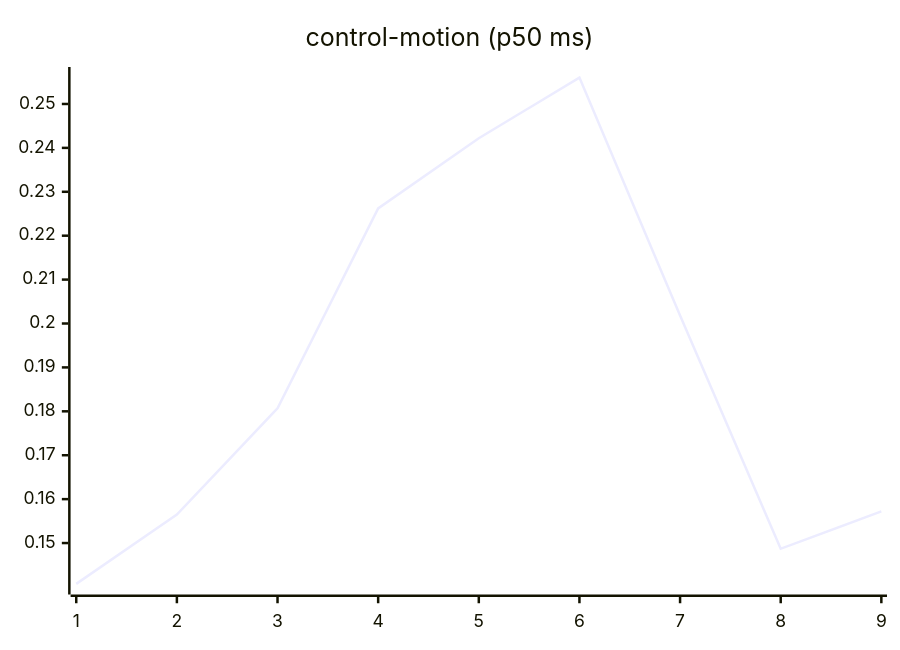
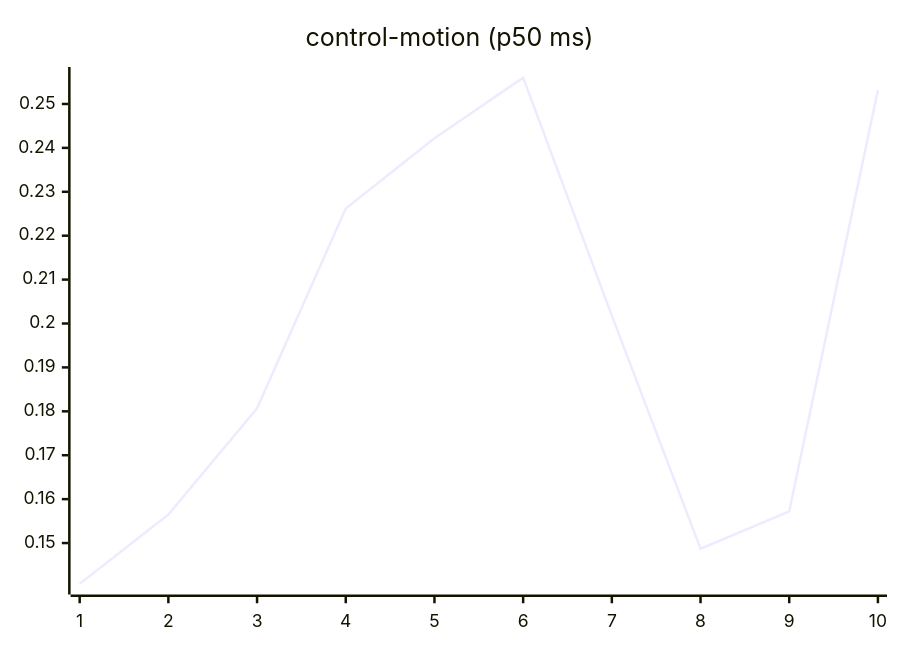
One commit to josha/Facet changed the seventh of 27 diagrams in README.md. Above: the diagram before and after it, drawn with Mermaid. The commit also changed other lines of this file and 2 other files, not shown here.

````diff
--- a/README.md
+++ b/README.md
@@ -105,6 +105,6 @@
 ```mermaid
 xychart-beta
     title "control-motion (p50 ms)"
-    x-axis 1 --> 9
-    line [0.1407, 0.1565, 0.1807, 0.2262, 0.2422, 0.2560, 0.2018, 0.1487, 0.1572]
+    x-axis 1 --> 10
+    line [0.1407, 0.1565, 0.1807, 0.2262, 0.2422, 0.2560, 0.2018, 0.1487, 0.1572, 0.2532]
 ```
````
